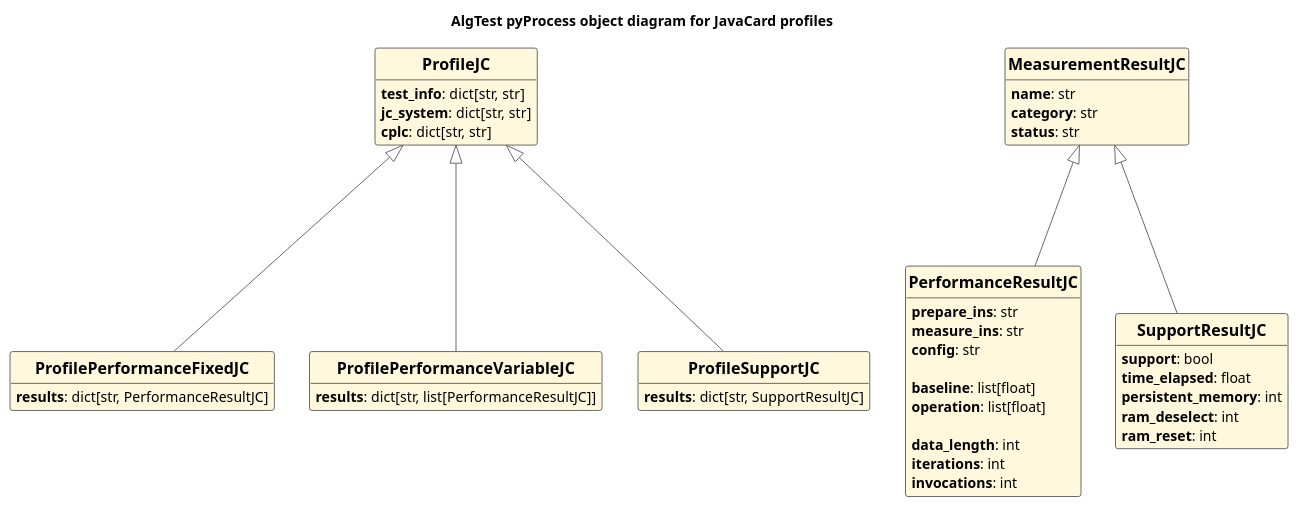
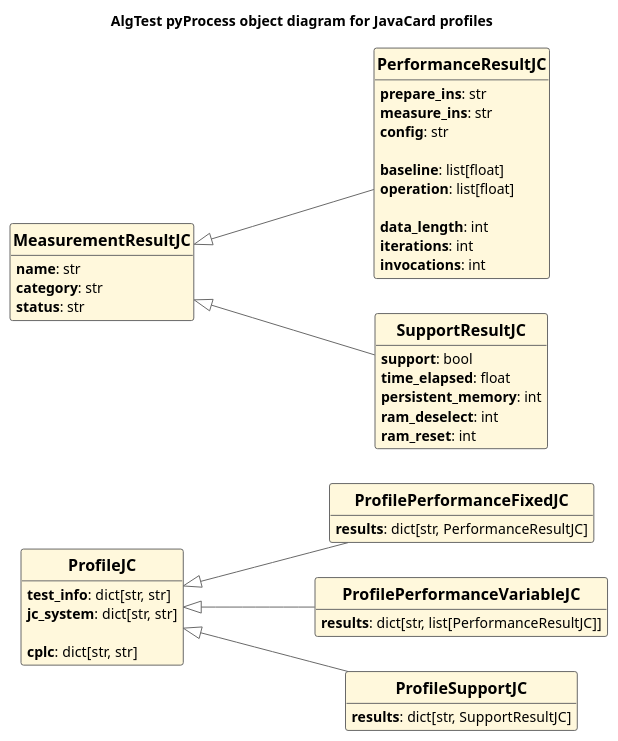
One commit to tjaros/d-thesis changed the diagram in img/object_diagrams/object_jc.plantuml. Above: the diagram before and after it, drawn with PlantUML. The commit also changed 7 other files, not shown here.

```diff
--- a/img/object_diagrams/object_jc.plantuml
+++ b/img/object_diagrams/object_jc.plantuml
@@ -1,80 +1,84 @@
 @startuml
 hide empty attributes
 hide empty methods
 hide circle
 
 skinparam shadowing false
 skinparam classFontStyle Bold
 skinparam classFontSize 16
 skinparam classFontName Aapex
 skinparam ActivityBackgroundColor Silver
 skinparam ActivityBorderColor DimGray
+left to right direction
 
 skinparam class {
     BackgroundColor Cornsilk
     ArrowColor DimGray
     BorderThickness 1
     BorderColor DimGray
 }
 
 title "AlgTest pyProcess object diagram for JavaCard profiles"
 
 
 
 class "ProfileJC" as Object\ProfileJC {
-    **test_info**: dict[str, str] 
+    **test_info**: dict[str, str]
     **jc_system**: dict[str, str]
+
     **cplc**: dict[str, str]
 }
 
 class "ProfilePerformanceFixedJC" as Object\ProfilePerformanceFixedJC {
     **results**: dict[str, PerformanceResultJC]
 }
 
 class "ProfilePerformanceVariableJC" as Object\ProfilePerformanceVariableJC {
     **results**: dict[str, list[PerformanceResultJC]]
 }
 
 class "ProfileSupportJC" as Object\ProfileSupportJC {
     **results**: dict[str, SupportResultJC]
 }
 
 
 class "MeasurementResultJC" as Object\MeasurementResultJC {
     **name**: str
     **category**: str
     **status**: str
 }
 
 class "PerformanceResultJC" as Object\PerformanceResultJC {
     **prepare_ins**: str
     **measure_ins**: str
     **config**: str
 
     **baseline**: list[float]
     **operation**: list[float]
 
     **data_length**: int
     **iterations**: int
     **invocations**: int
 }
 
 class "SupportResultJC" as Object\SupportResultJC {
     **support**: bool
     **time_elapsed**: float
     **persistent_memory**: int
     **ram_deselect**: int
     **ram_reset**: int
 }
 
-Object\MeasurementResultJC <|--- Object\PerformanceResultJC
 
-Object\MeasurementResultJC <|--- Object\SupportResultJC
 
 Object\ProfileJC <|---  Object\ProfileSupportJC
 
 Object\ProfileJC <|---  Object\ProfilePerformanceVariableJC
 
 Object\ProfileJC <|---  Object\ProfilePerformanceFixedJC
 
+Object\MeasurementResultJC <|--- Object\PerformanceResultJC
+
+Object\MeasurementResultJC <|--- Object\SupportResultJC
+
 @enduml
```
